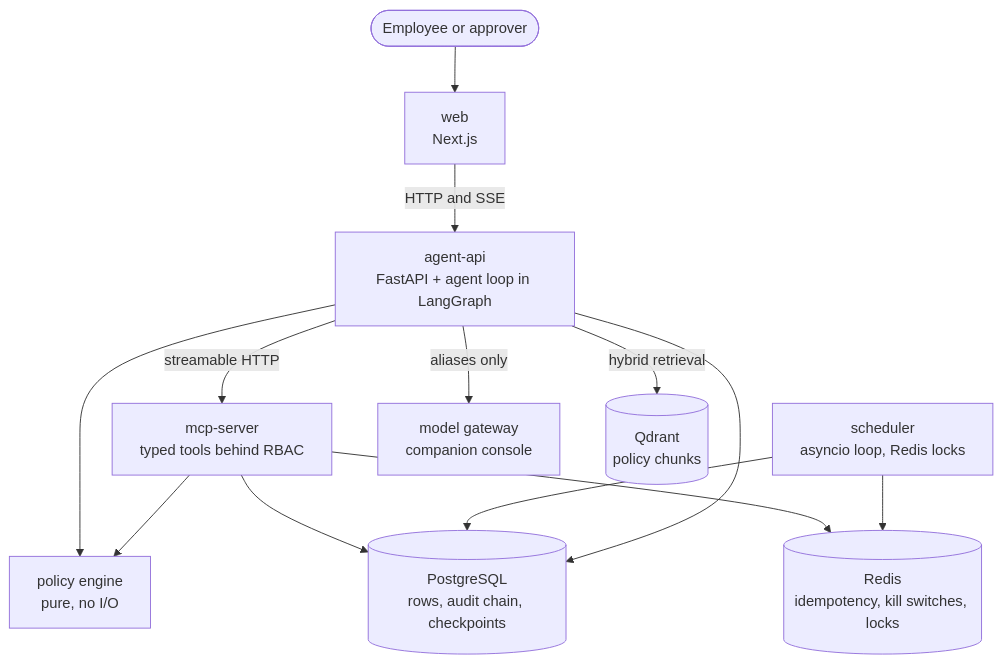
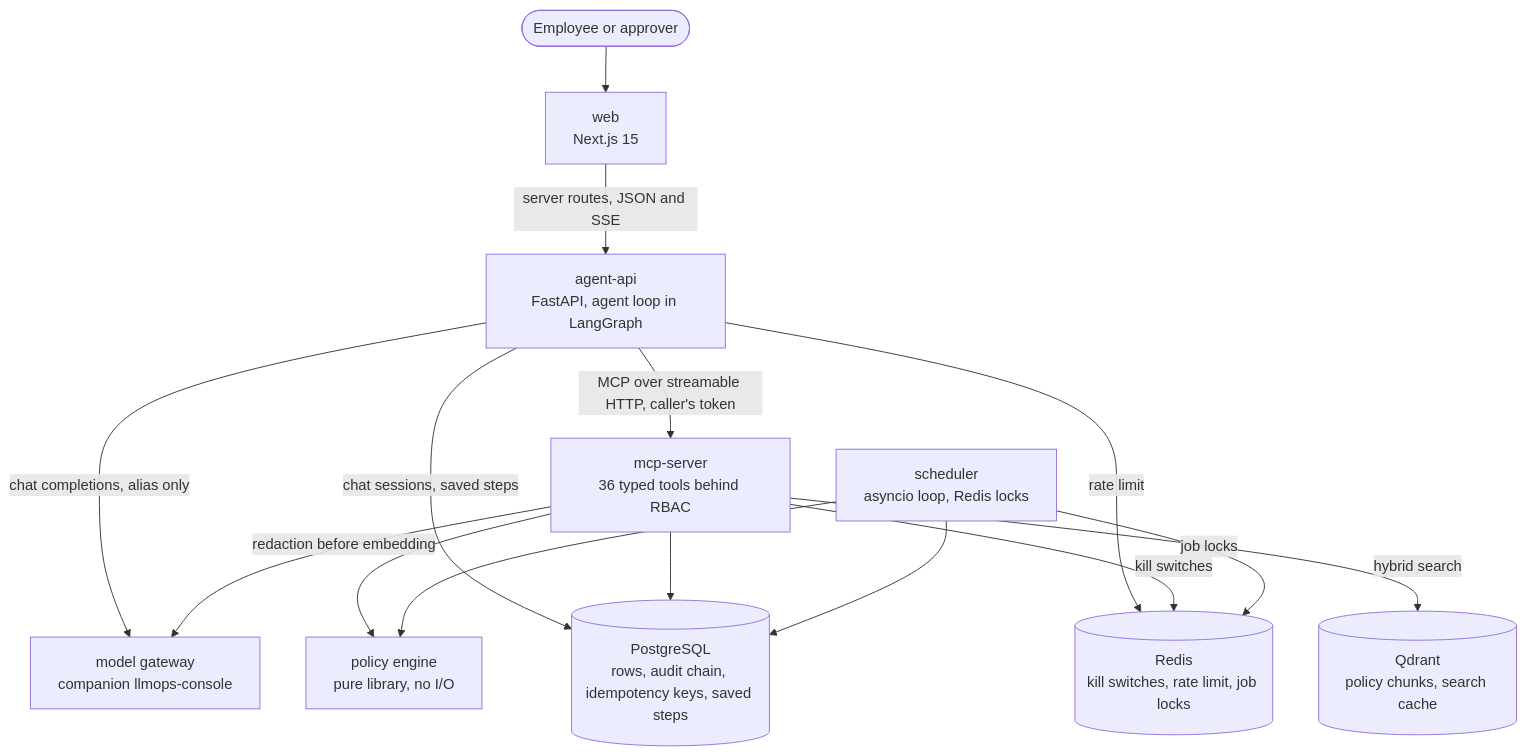
Before and after one commit to masudur-rahman-musa/helpdesk-agentic-flow: the diagram in README.md, drawn with Mermaid. The commit also changed other lines of this file and 13 other files, not shown here.

````diff
--- a/README.md
+++ b/README.md
@@ -39,26 +67,28 @@
 ```mermaid
 flowchart TB
     user([Employee or approver])
-    web["web<br/>Next.js"]
-    api["agent-api<br/>FastAPI + agent loop in LangGraph"]
-    mcp["mcp-server<br/>typed tools behind RBAC"]
+    web["web<br/>Next.js 15"]
+    api["agent-api<br/>FastAPI, agent loop in LangGraph"]
+    mcp["mcp-server<br/>36 typed tools behind RBAC"]
     sched["scheduler<br/>asyncio loop, Redis locks"]
-    policy["policy engine<br/>pure, no I/O"]
-    gw["model gateway<br/>companion console"]
-    pg[("PostgreSQL<br/>rows, audit chain, checkpoints")]
-    redis[("Redis<br/>idempotency, kill switches, locks")]
-    qdrant[("Qdrant<br/>policy chunks")]
+    policy["policy engine<br/>pure library, no I/O"]
+    gw["model gateway<br/>companion llmops-console"]
+    pg[("PostgreSQL<br/>rows, audit chain, idempotency keys, saved steps")]
+    redis[("Redis<br/>kill switches, rate limit, job locks")]
+    qdrant[("Qdrant<br/>policy chunks, search cache")]
 
     user --> web
-    web -- "HTTP and SSE" --> api
-    api -- "aliases only" --> gw
-    api -- "hybrid retrieval" --> qdrant
-    api --> policy
-    api -- "streamable HTTP" --> mcp
+    web -- "server routes, JSON and SSE" --> api
+    api -- "chat completions, alias only" --> gw
+    api -- "MCP over streamable HTTP, caller's token" --> mcp
+    api -- "chat sessions, saved steps" --> pg
+    api -- "rate limit" --> redis
     mcp --> policy
     mcp --> pg
-    mcp --> redis
+    mcp -- "kill switches" --> redis
+    mcp -- "hybrid search" --> qdrant
+    mcp -- "redaction before embedding" --> gw
+    sched --> policy
     sched --> pg
-    sched --> redis
-    api --> pg
+    sched -- "job locks" --> redis
 ```
````
